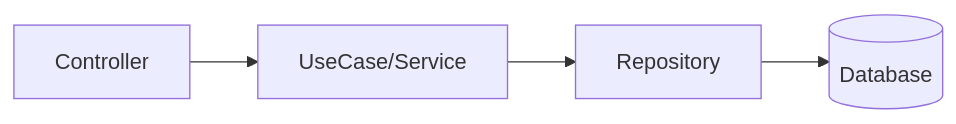
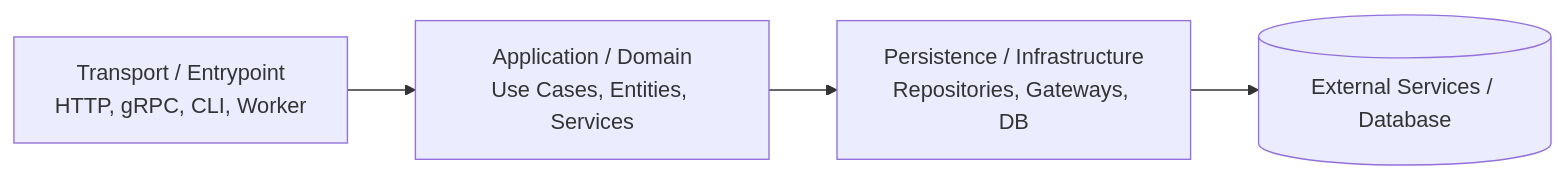
The diagram in skills/backend-code-review/references/review-rules.md (rodrigocnascimento/bot-configs), drawn with Mermaid before and after one commit. The commit also changed other lines of this file and 15 other files, not shown here.

Commit message:
feat(review): implement polyglot and architecture-aware backend code review (v2.2.0)

````diff
--- a/skills/backend-code-review/references/review-rules.md
+++ b/skills/backend-code-review/references/review-rules.md
@@ -20,6 +19,6 @@
 ```mermaid
 graph LR
-  A[Controller] --> B[UseCase/Service]
-  B --> C[Repository]
-  C --> D[(Database)]
+  A[Transport / Entrypoint<br/>HTTP, gRPC, CLI, Worker] --> B[Application / Domain<br/>Use Cases, Entities, Services]
+  B --> C[Persistence / Infrastructure<br/>Repositories, Gateways, DB]
+  C --> D[(External Services / Database)]
 ```
````
